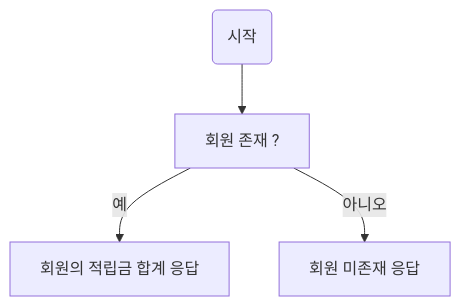
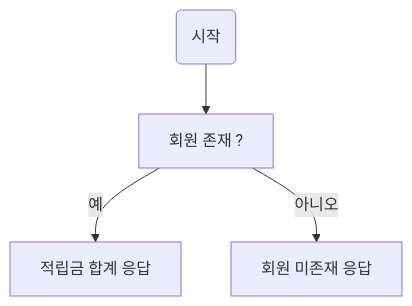
The first of 5 diagrams in README.md (MJbae/reserve-management-system), drawn with Mermaid before and after one commit. The commit also changed other lines of this file, not shown here.

````diff
--- a/README.md
+++ b/README.md
@@ -37,6 +40,6 @@
     ```mermaid
     graph TB
     시작(시작) --> 회원존재여부[회원 존재 ?]
-    회원존재여부 -->|예| 적립금보기[회원의 적립금 합계 응답]
+    회원존재여부 -->|예| 적립금보기[적립금 합계 응답]
     회원존재여부 -->|아니오| 회원미존재예외[회원 미존재 응답]
     ```
````
